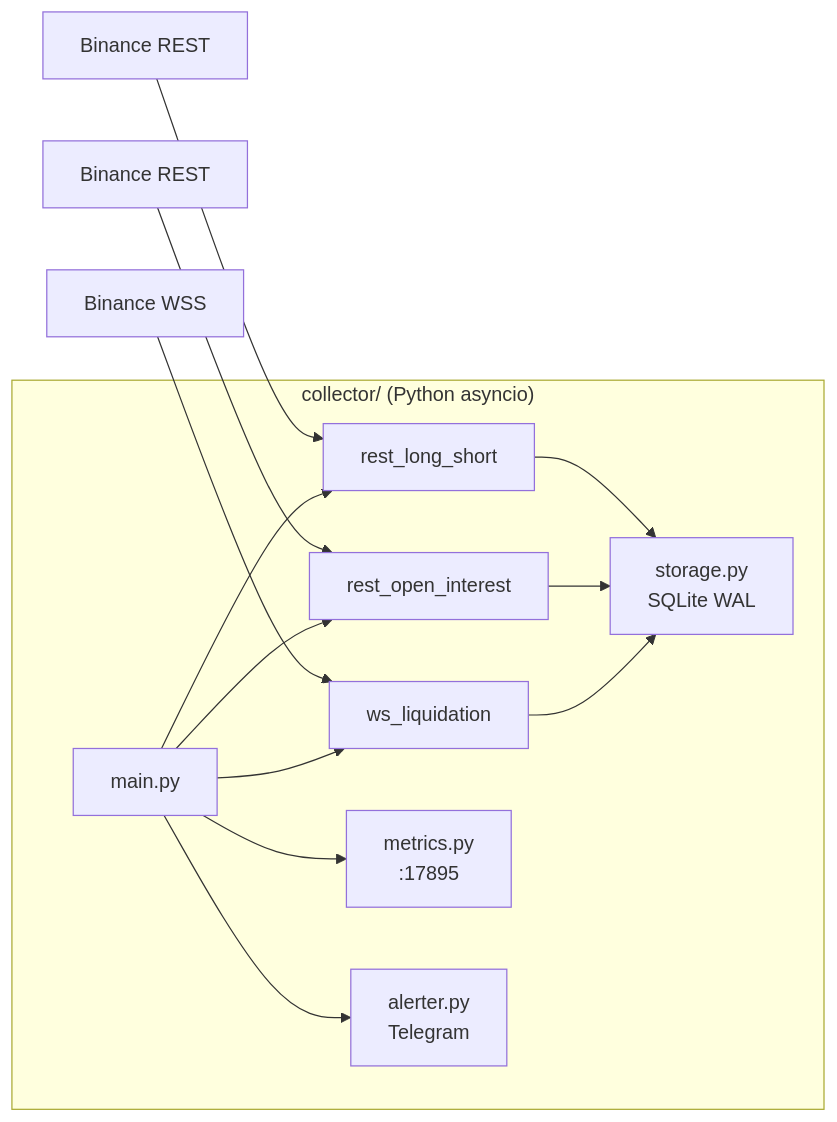
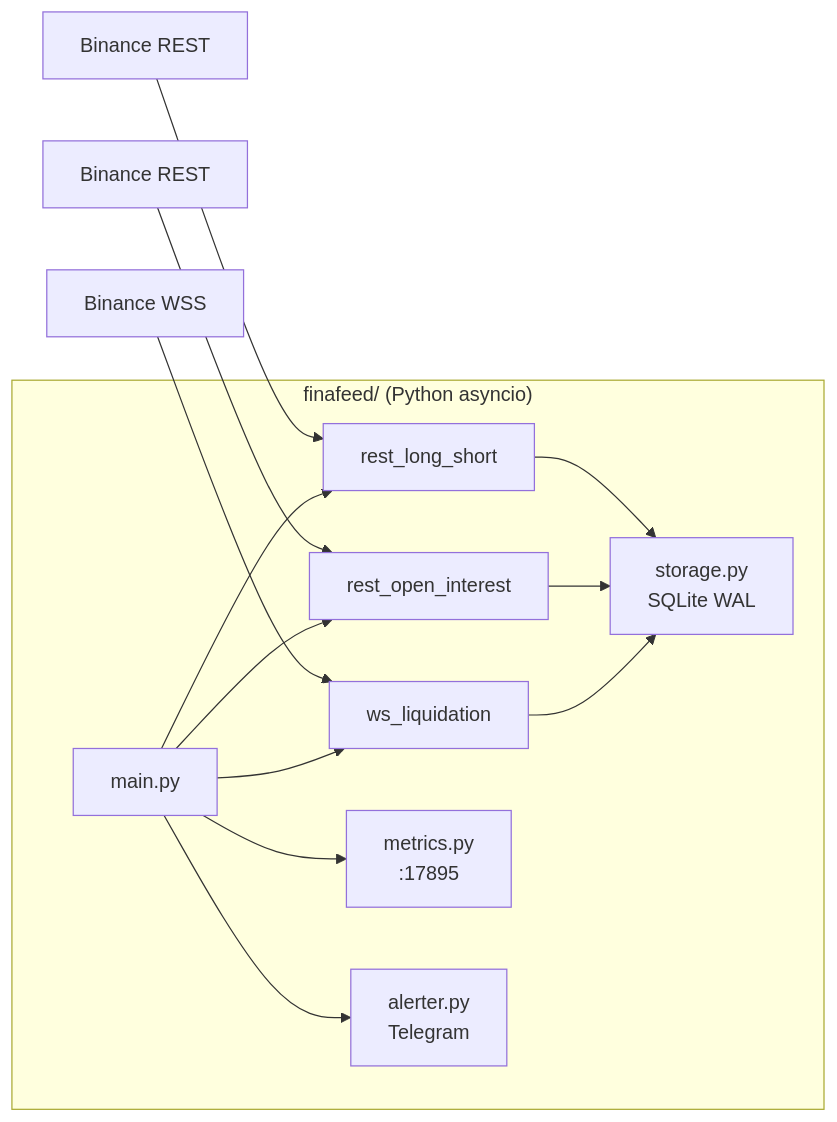
Before and after one commit to draymski/finafeed: the diagram in docs/walkthrough.md, drawn with Mermaid. The commit also changed other lines of this file and 24 other files, not shown here.

````diff
--- a/docs/walkthrough.md
+++ b/docs/walkthrough.md
@@ -9,16 +9,16 @@
 ```mermaid
 graph LR
-    subgraph "collector/ (Python asyncio)"
+    subgraph "finafeed/ (Python asyncio)"
         M["main.py"] --> WS["ws_liquidation"]
         M --> OI["rest_open_interest"]
         M --> LS["rest_long_short"]
         WS --> DB["storage.py<br/>SQLite WAL"]
         OI --> DB
         LS --> DB
         M --> MET["metrics.py<br/>:17895"]
         M --> ALT["alerter.py<br/>Telegram"]
     end
     B1["Binance WSS"] --> WS
     B2["Binance REST"] --> OI
     B3["Binance REST"] --> LS
 ```
````
